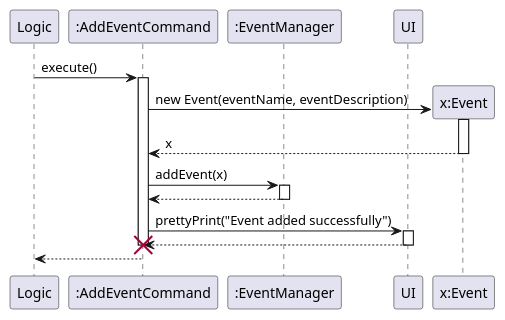
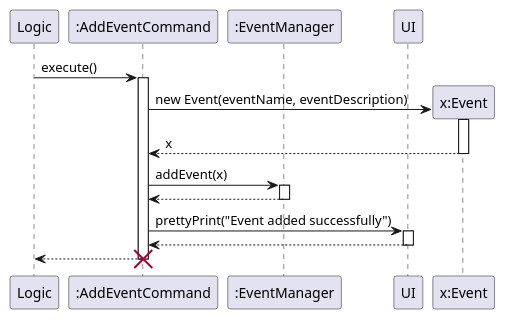
The diagram in docs/team/UML_Files/executeAddEventCommand.puml (JianJiaT/tp), drawn with PlantUML before and after one commit. The commit also changed 1 other file, not shown here.

```diff
--- a/docs/team/UML_Files/executeAddEventCommand.puml
+++ b/docs/team/UML_Files/executeAddEventCommand.puml
@@ -1,30 +1,29 @@
 @startuml
 participant Logic  
 participant ":AddEventCommand" AS AddEventCommand 
 participant ":EventManager" AS EventManager
 participant UI 
 
 Logic -> AddEventCommand : execute()
 activate AddEventCommand
 create "x:Event" as Event 
 AddEventCommand -> Event: new Event(eventName, eventDescription)
 activate Event
 Event --> AddEventCommand : x
 deactivate Event
 
 AddEventCommand -> EventManager : addEvent(x)
 activate EventManager
 EventManager --> AddEventCommand
 deactivate EventManager
 
 AddEventCommand -> UI : prettyPrint("Event added successfully")
 activate UI
 UI --> AddEventCommand
 deactivate UI
 
-destroy AddEventCommand
-
 AddEventCommand --> Logic 
 deactivate AddEventCommand
 
+destroy AddEventCommand
 @enduml
```
